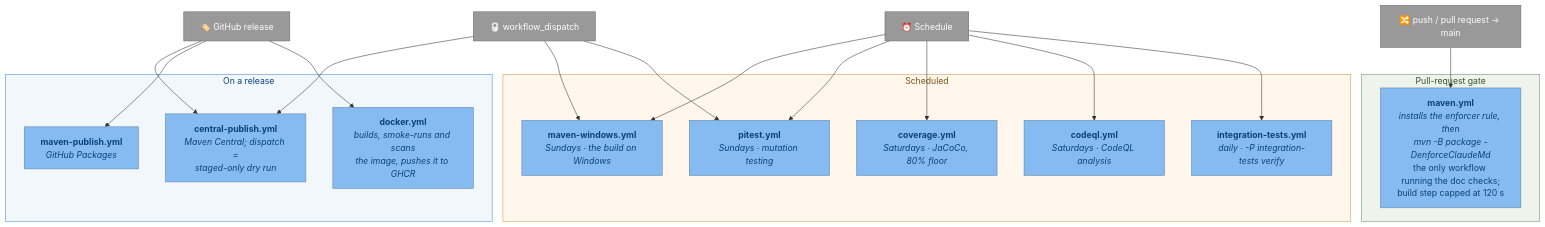
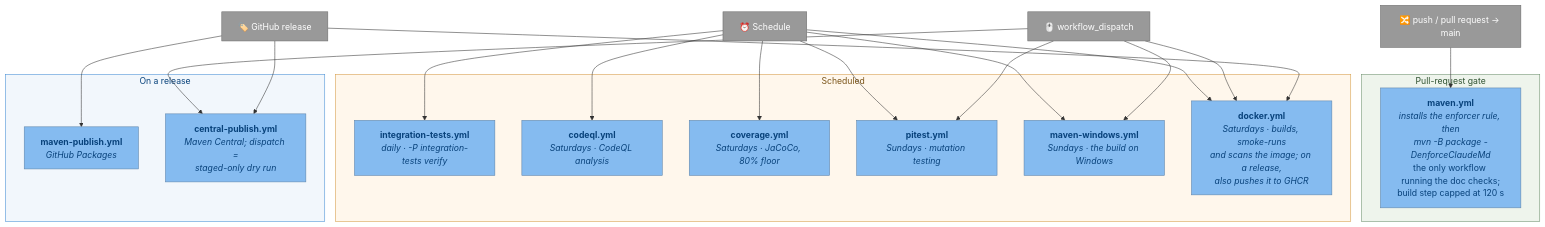
Before and after one commit to adamw7/tools: the tenth of 10 diagrams in docs/c4-architecture.md, drawn with Mermaid. The commit also changed other lines of this file and 3 other files, not shown here.

First line of the commit message:
ci(docker): take the image build off pull requests (#523)

````diff
--- a/docs/c4-architecture.md
+++ b/docs/c4-architecture.md
@@ -692,46 +694,48 @@
 ```mermaid
 flowchart TB
     pr["🔀 push / pull request → main"]
     sched["⏰ Schedule"]
     manual["🖱️ workflow_dispatch"]
     rel["🏷️ GitHub release"]
 
     subgraph gate ["Pull-request gate"]
         mavenWf["<b>maven.yml</b><br/><i>installs the enforcer rule, then<br/>mvn -B package -DenforceClaudeMd</i><br/>the only workflow running the doc checks;<br/>build step capped at 120 s"]
     end
 
     subgraph scheduled ["Scheduled"]
         itWf["<b>integration-tests.yml</b><br/><i>daily · -P integration-tests verify</i>"]
         codeqlWf["<b>codeql.yml</b><br/><i>Saturdays · CodeQL analysis</i>"]
         covWf["<b>coverage.yml</b><br/><i>Saturdays · JaCoCo, 80% floor</i>"]
         pitWf["<b>pitest.yml</b><br/><i>Sundays · mutation testing</i>"]
         winWf["<b>maven-windows.yml</b><br/><i>Sundays · the build on Windows</i>"]
+        dockerWf["<b>docker.yml</b><br/><i>Saturdays · builds, smoke-runs<br/>and scans the image; on a release,<br/>also pushes it to GHCR</i>"]
     end
 
     subgraph publish ["On a release"]
-        dockerWf["<b>docker.yml</b><br/><i>builds, smoke-runs and scans<br/>the image, pushes it to GHCR</i>"]
         ghPkg["<b>maven-publish.yml</b><br/><i>GitHub Packages</i>"]
         central["<b>central-publish.yml</b><br/><i>Maven Central; dispatch =<br/>staged-only dry run</i>"]
     end
 
     pr --> mavenWf
     sched --> itWf
     sched --> codeqlWf
     sched --> covWf
     sched --> pitWf
     sched --> winWf
+    sched --> dockerWf
     manual --> pitWf
     manual --> winWf
+    manual --> dockerWf
     manual --> central
     rel --> dockerWf
     rel --> ghPkg
     rel --> central
 
     classDef comp fill:#85bbf0,stroke:#5d82a8,color:#08427b
     classDef ext fill:#999999,stroke:#6b6b6b,color:#fff
     class mavenWf,dockerWf,codeqlWf,itWf,covWf,pitWf,winWf,ghPkg,central comp
     class pr,sched,manual,rel ext
     style gate fill:#eef4ec,stroke:#6b8e6b,color:#2f5230
     style scheduled fill:#fff7ec,stroke:#d59a43,color:#7a5418
     style publish fill:#f2f7fc,stroke:#438dd5,color:#08427b
 ```
````
